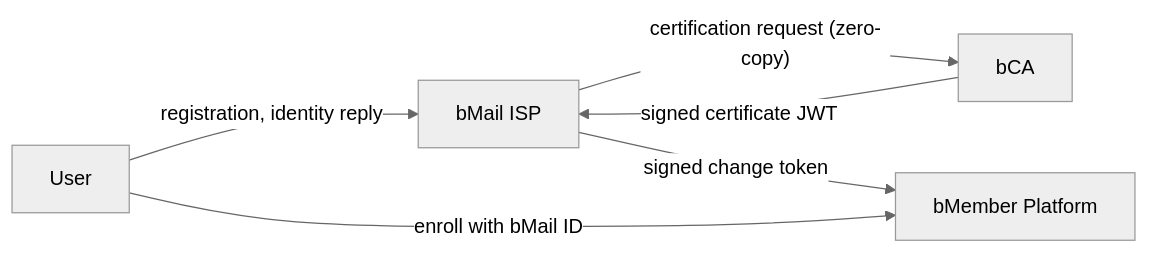
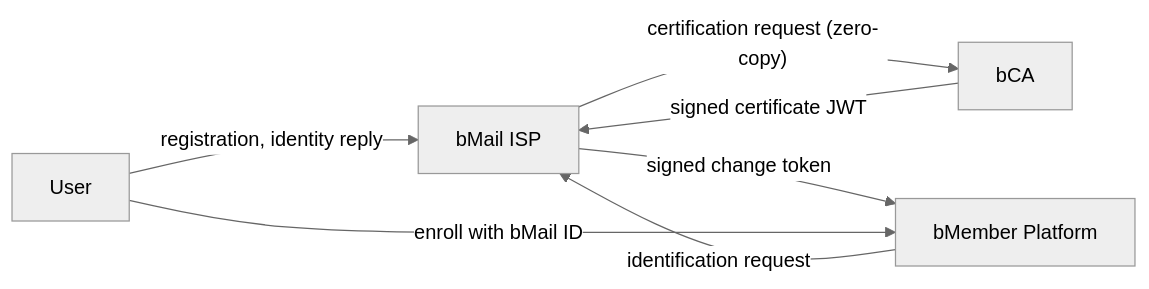
Before and after one commit to sundonam/bmail_test: the diagram in README.md, drawn with Mermaid (neutral theme). The commit also changed other lines of this file and 17 other files, not shown here.

````diff
--- a/README.md
+++ b/README.md
@@ -36,13 +49,14 @@
 ```mermaid
 flowchart LR
     U[User]
     I[bMail ISP]
     C[bCA]
     P[bMember Platform]
 
     U -- registration, identity reply --> I
     I -- certification request (zero-copy) --> C
     C -- signed certificate JWT --> I
     I -- signed change token --> P
+    P -- identification request --> I
     U -- enroll with bMail ID --> P
 ```
````
